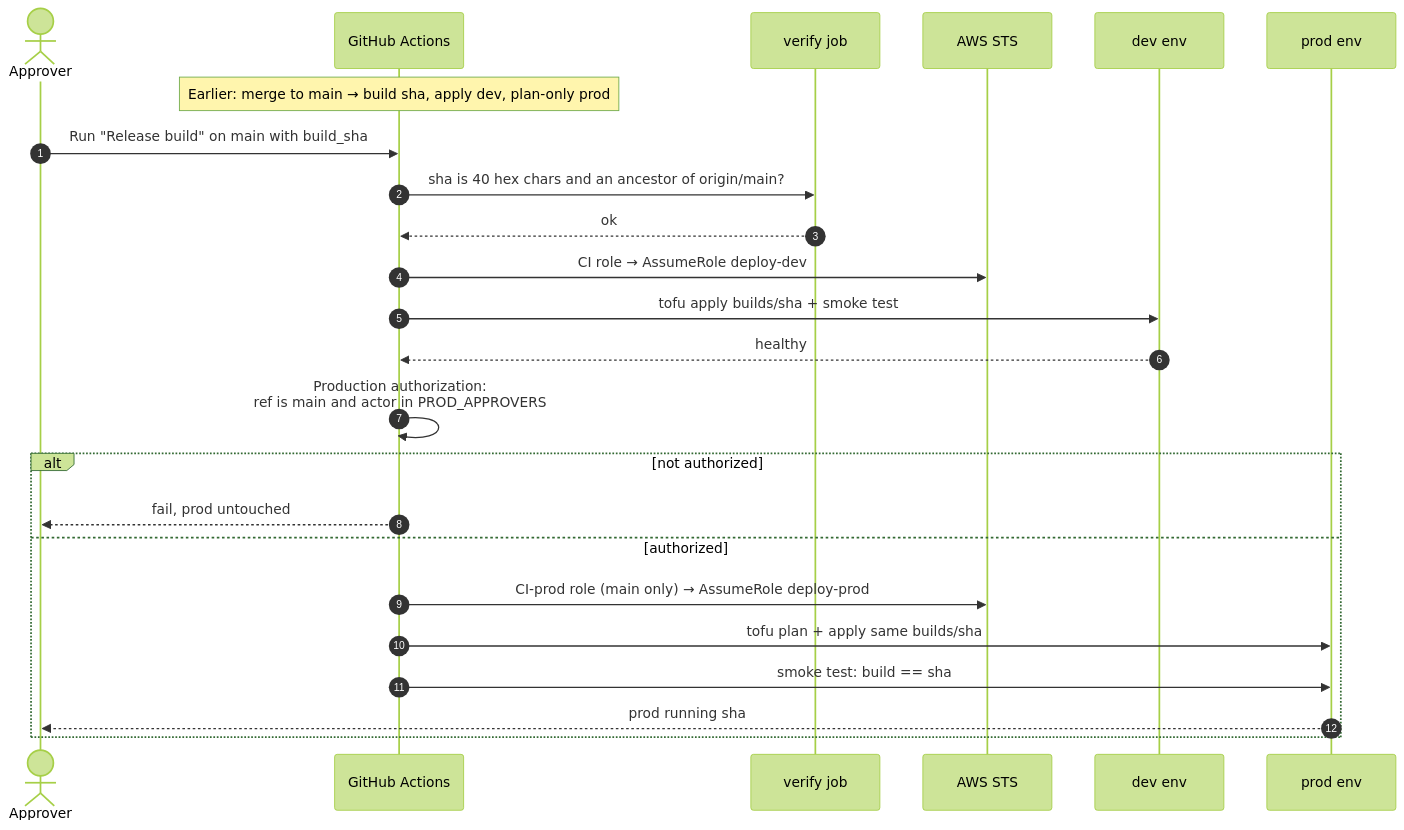
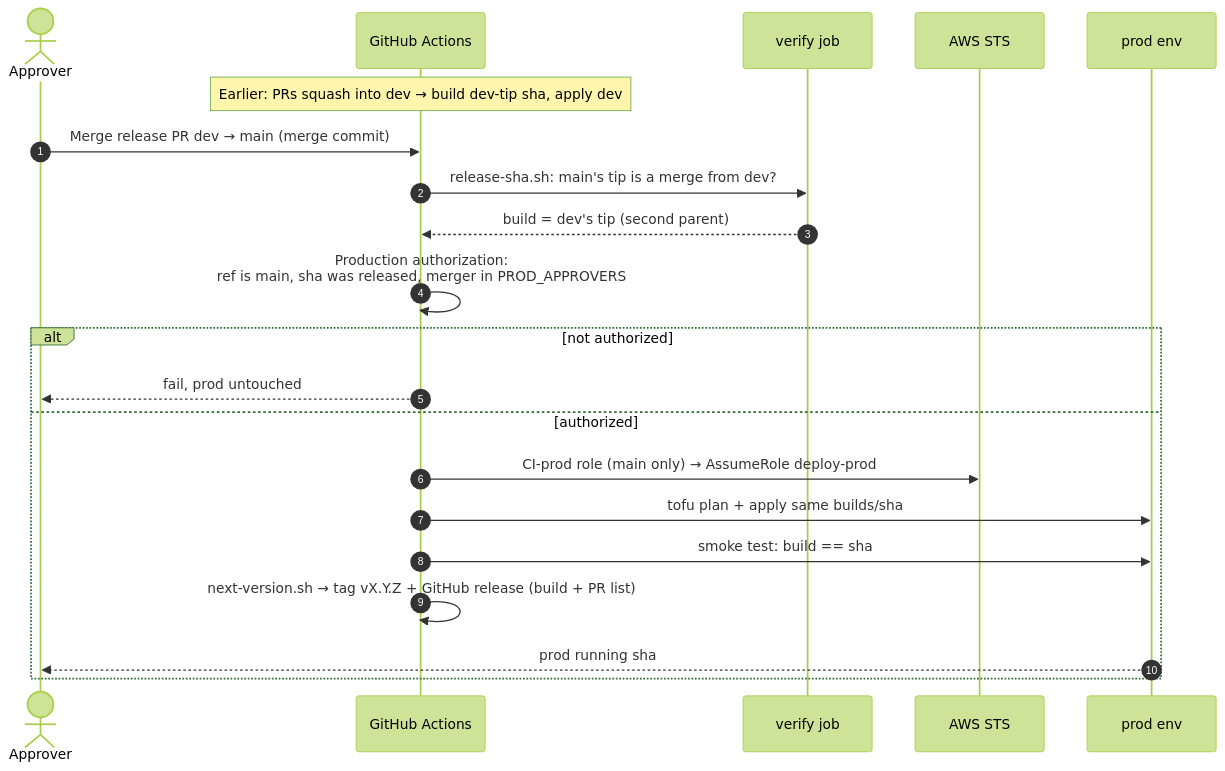
Before and after one commit to artyfartymarty/aws-cicd-pipeline: the diagram in docs/vault/Prod release sequence.md, drawn with Mermaid (forest theme). The commit also changed other lines of this file and 30 other files, not shown here.

First line of the commit message:
Add the dev branch and release PR flow with semantic version tags

````diff
--- a/docs/vault/Prod release sequence.md
+++ b/docs/vault/Prod release sequence.md
@@ -8,27 +8,24 @@
 ```mermaid
 sequenceDiagram
   autonumber
   actor A as Approver
   participant GH as GitHub Actions
   participant V as verify job
   participant STS as AWS STS
-  participant DEV as dev env
   participant PROD as prod env
 
-  Note over GH: Earlier: merge to main → build sha, apply dev, plan-only prod
-  A->>GH: Run "Release build" on main with build_sha
-  GH->>V: sha is 40 hex chars and an ancestor of origin/main?
-  V-->>GH: ok
-  GH->>STS: CI role → AssumeRole deploy-dev
-  GH->>DEV: tofu apply builds/sha + smoke test
-  DEV-->>GH: healthy
-  GH->>GH: Production authorization:<br/>ref is main and actor in PROD_APPROVERS
+  Note over GH: Earlier: PRs squash into dev → build dev-tip sha, apply dev
+  A->>GH: Merge release PR dev → main (merge commit)
+  GH->>V: release-sha.sh: main's tip is a merge from dev?
+  V-->>GH: build = dev's tip (second parent)
+  GH->>GH: Production authorization:<br/>ref is main, sha was released, merger in PROD_APPROVERS
   alt not authorized
     GH-->>A: fail, prod untouched
   else authorized
     GH->>STS: CI-prod role (main only) → AssumeRole deploy-prod
     GH->>PROD: tofu plan + apply same builds/sha
     GH->>PROD: smoke test: build == sha
+    GH->>GH: next-version.sh → tag vX.Y.Z + GitHub release (build + PR list)
     PROD-->>A: prod running sha
   end
 ```
````
